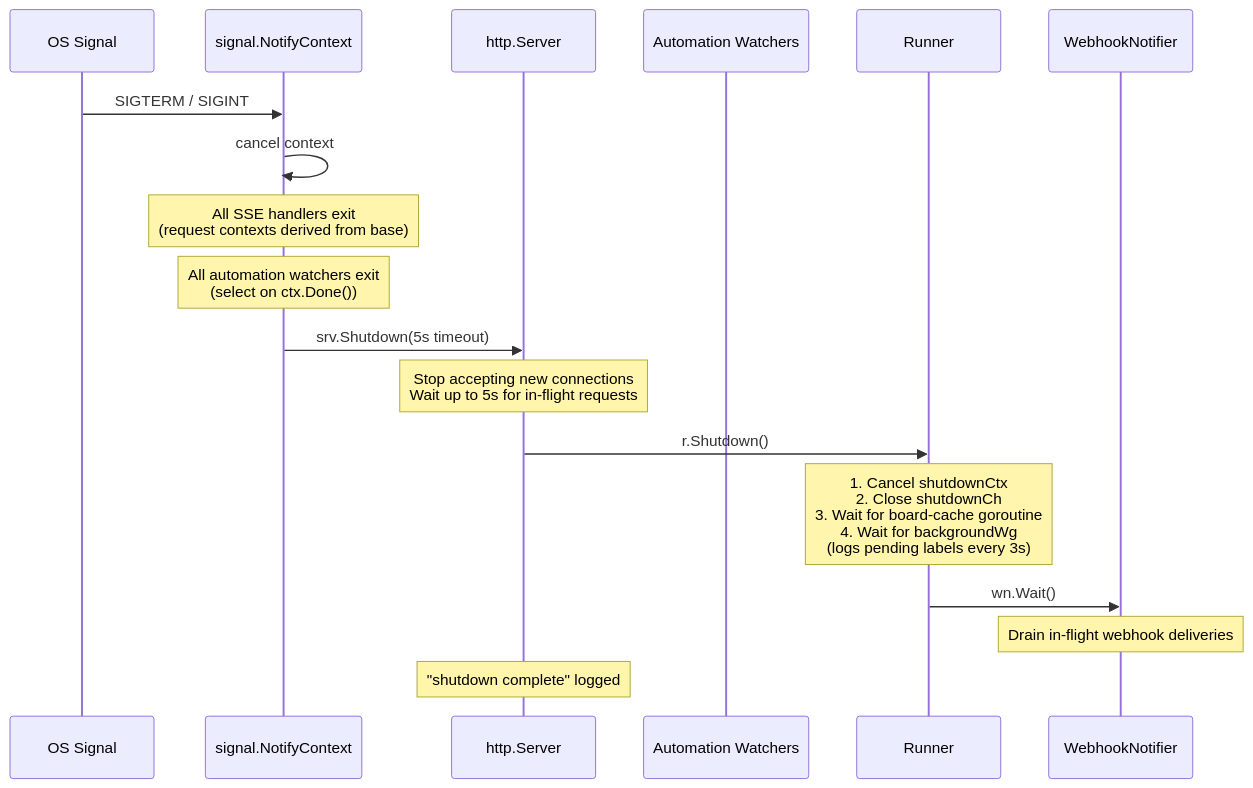
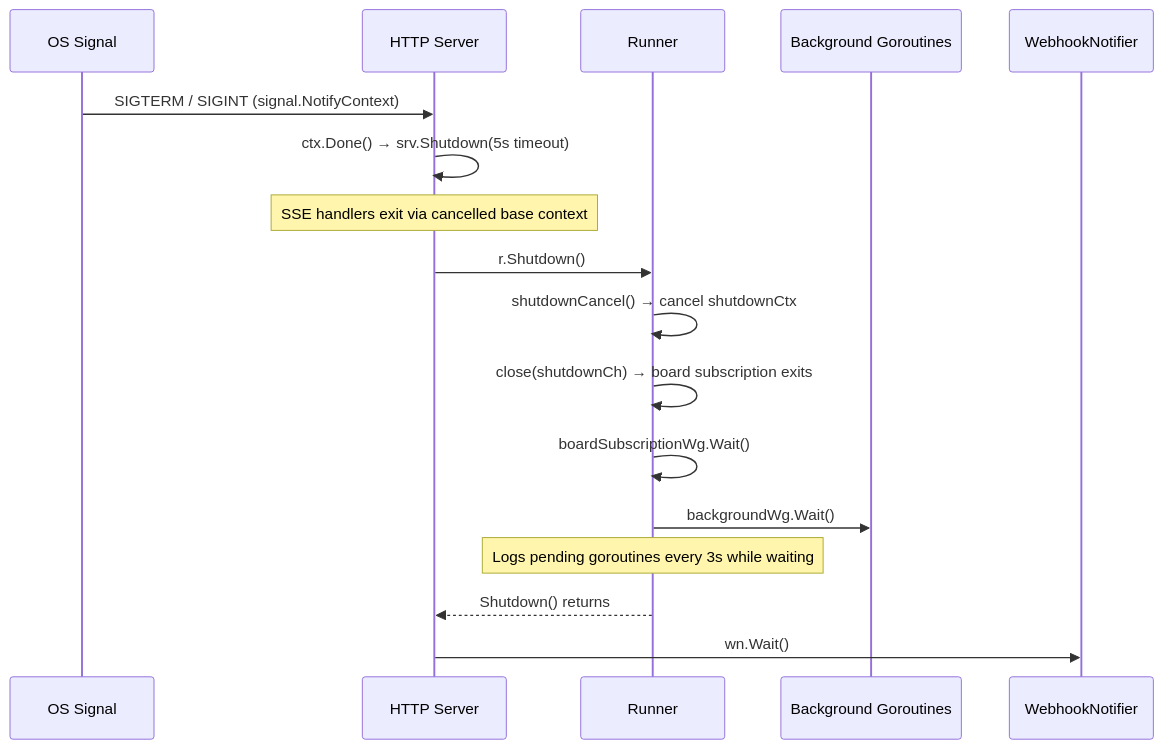
The sixth of 6 diagrams in docs/internals/architecture.md (changkun/wallfacer), drawn with Mermaid before and after one commit. The commit also changed other lines of this file, not shown here.

````diff
--- a/docs/internals/architecture.md
+++ b/docs/internals/architecture.md
@@ -355,25 +251,20 @@
 ```mermaid
 sequenceDiagram
-    participant OS as OS Signal
-    participant Ctx as signal.NotifyContext
-    participant Srv as http.Server
-    participant Watchers as Automation Watchers
-    participant Runner as Runner
-    participant Webhook as WebhookNotifier
+    participant Sig as OS Signal
+    participant Srv as HTTP Server
+    participant R as Runner
+    participant BG as Background Goroutines
+    participant WH as WebhookNotifier
 
-    OS->>Ctx: SIGTERM / SIGINT
-    Ctx->>Ctx: cancel context
-    Note over Ctx: All SSE handlers exit<br/>(request contexts derived from base)
-    Note over Ctx: All automation watchers exit<br/>(select on ctx.Done())
-
-    Ctx->>Srv: srv.Shutdown(5s timeout)
-    Note over Srv: Stop accepting new connections<br/>Wait up to 5s for in-flight requests
-
-    Srv->>Runner: r.Shutdown()
-    Note over Runner: 1. Cancel shutdownCtx<br/>2. Close shutdownCh<br/>3. Wait for board-cache goroutine<br/>4. Wait for backgroundWg<br/>   (logs pending labels every 3s)
-
-    Runner->>Webhook: wn.Wait()
-    Note over Webhook: Drain in-flight webhook deliveries
-
-    Note over Srv: "shutdown complete" logged
+    Sig->>Srv: SIGTERM / SIGINT (signal.NotifyContext)
+    Srv->>Srv: ctx.Done() → srv.Shutdown(5s timeout)
+    Note over Srv: SSE handlers exit via cancelled base context
+    Srv->>R: r.Shutdown()
+    R->>R: shutdownCancel() → cancel shutdownCtx
+    R->>R: close(shutdownCh) → board subscription exits
+    R->>R: boardSubscriptionWg.Wait()
+    R->>BG: backgroundWg.Wait()
+    Note over R: Logs pending goroutines every 3s while waiting
+    R-->>Srv: Shutdown() returns
+    Srv->>WH: wn.Wait()
 ```
````
